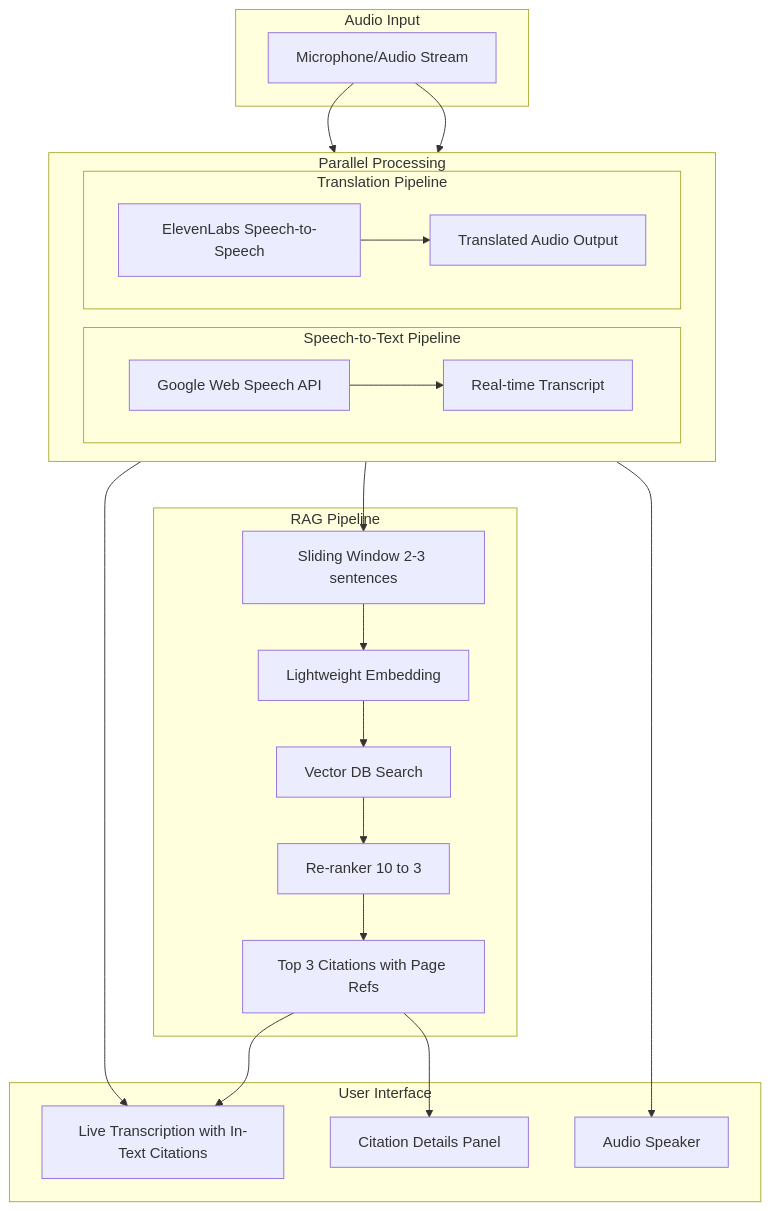
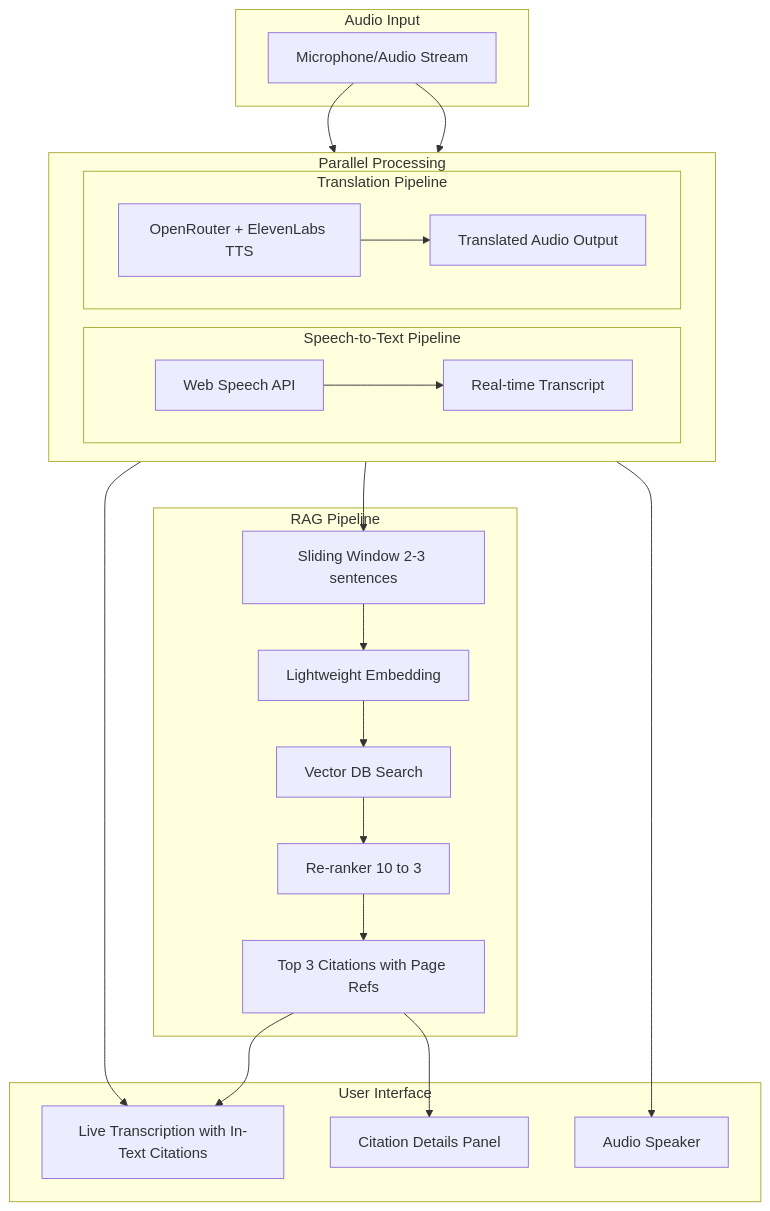
Before and after one commit to AbeerDas/Rosetta-HackHive: the first of 3 diagrams in docs/PRD.md, drawn with Mermaid. The commit also changed other lines of this file and 7 other files, not shown here.

````diff
--- a/docs/PRD.md
+++ b/docs/PRD.md
@@ -156,48 +163,48 @@
 ```mermaid
 flowchart TB
     subgraph input [Audio Input]
         MIC[Microphone/Audio Stream]
     end
-    
+
     subgraph parallel [Parallel Processing]
         direction LR
         subgraph stt [Speech-to-Text Pipeline]
-            GWSAPI[Google Web Speech API]
+            GWSAPI[Web Speech API]
             TRANSCRIPT[Real-time Transcript]
             GWSAPI --> TRANSCRIPT
         end
-        
+
         subgraph translation [Translation Pipeline]
-            ELEVEN[ElevenLabs Speech-to-Speech]
+            ELEVEN[OpenRouter + ElevenLabs TTS]
             AUDIO_OUT[Translated Audio Output]
             ELEVEN --> AUDIO_OUT
         end
     end
-    
+
     subgraph rag [RAG Pipeline]
         WINDOW[Sliding Window 2-3 sentences]
         EMBED[Lightweight Embedding]
         SEARCH[Vector DB Search]
         RERANK[Re-ranker 10 to 3]
         CITATIONS[Top 3 Citations with Page Refs]
-        
+
         WINDOW --> EMBED
         EMBED --> SEARCH
         SEARCH --> RERANK
         RERANK --> CITATIONS
     end
-    
+
     subgraph output [User Interface]
         TRANSCRIPTION[Live Transcription with In-Text Citations]
         SPEAKER[Audio Speaker]
         SIDEBAR[Citation Details Panel]
     end
-    
+
     MIC --> GWSAPI
     MIC --> ELEVEN
     TRANSCRIPT --> TRANSCRIPTION
     TRANSCRIPT --> WINDOW
     AUDIO_OUT --> SPEAKER
     CITATIONS --> TRANSCRIPTION
     CITATIONS --> SIDEBAR
 ```
````
